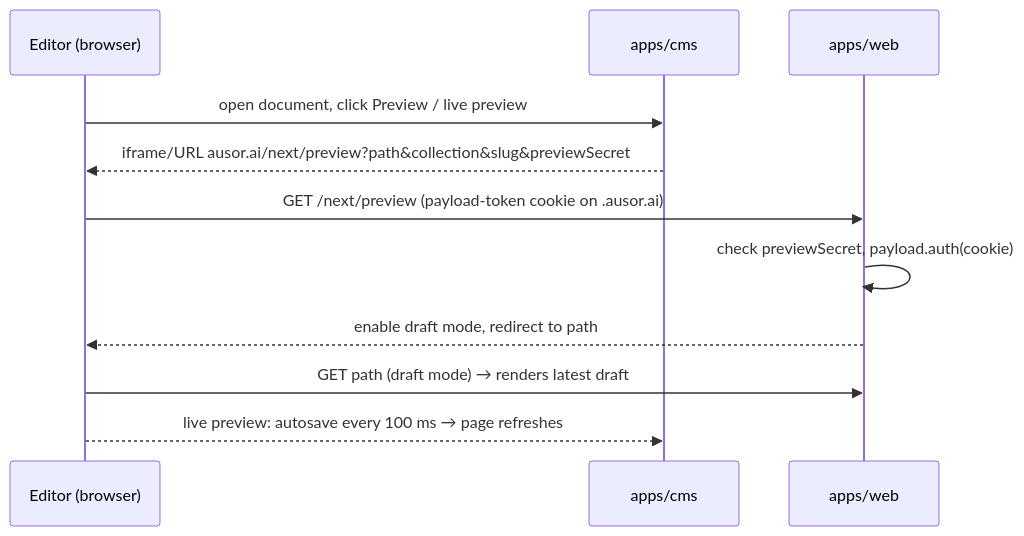
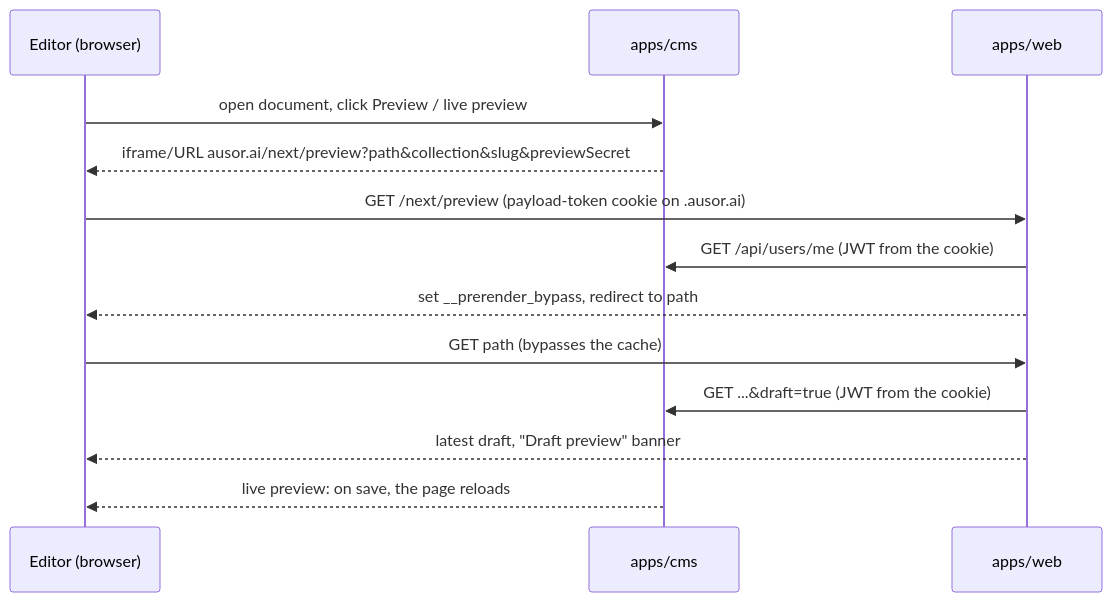
One commit to 0xCAFEBABEx0/zeus changed the fourth of 4 diagrams in docs/ARCHITECTURE.md. Above: the diagram before and after it, drawn with Mermaid. The commit also changed other lines of this file and 17 other files, not shown here.

````diff
--- a/docs/ARCHITECTURE.md
+++ b/docs/ARCHITECTURE.md
@@ -120,13 +134,15 @@
 ```mermaid
 sequenceDiagram
   participant E as Editor (browser)
   participant C as apps/cms
   participant W as apps/web
   E->>C: open document, click Preview / live preview
   C-->>E: iframe/URL ausor.ai/next/preview?path&collection&slug&previewSecret
   E->>W: GET /next/preview (payload-token cookie on .ausor.ai)
-  W->>W: check previewSecret, payload.auth(cookie)
-  W-->>E: enable draft mode, redirect to path
-  E->>W: GET path (draft mode) → renders latest draft
-  E-->>C: live preview: autosave every 100 ms → page refreshes
+  W->>C: GET /api/users/me (JWT from the cookie)
+  W-->>E: set __prerender_bypass, redirect to path
+  E->>W: GET path (bypasses the cache)
+  W->>C: GET ...&draft=true (JWT from the cookie)
+  W-->>E: latest draft, "Draft preview" banner
+  C-->>E: live preview: on save, the page reloads
 ```
````
